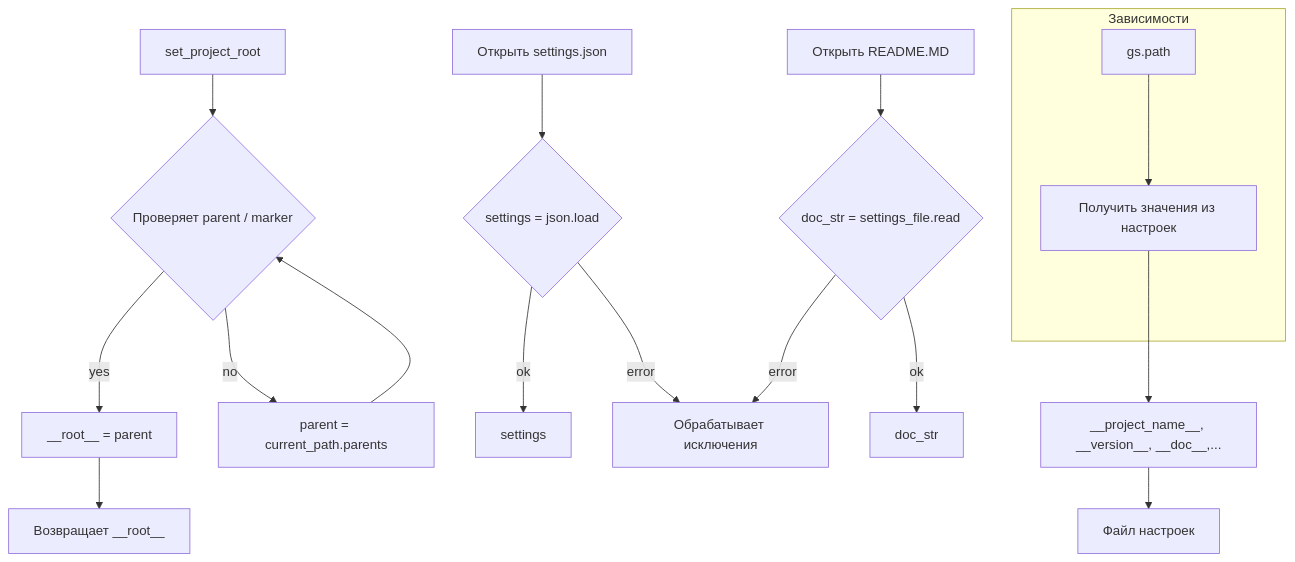
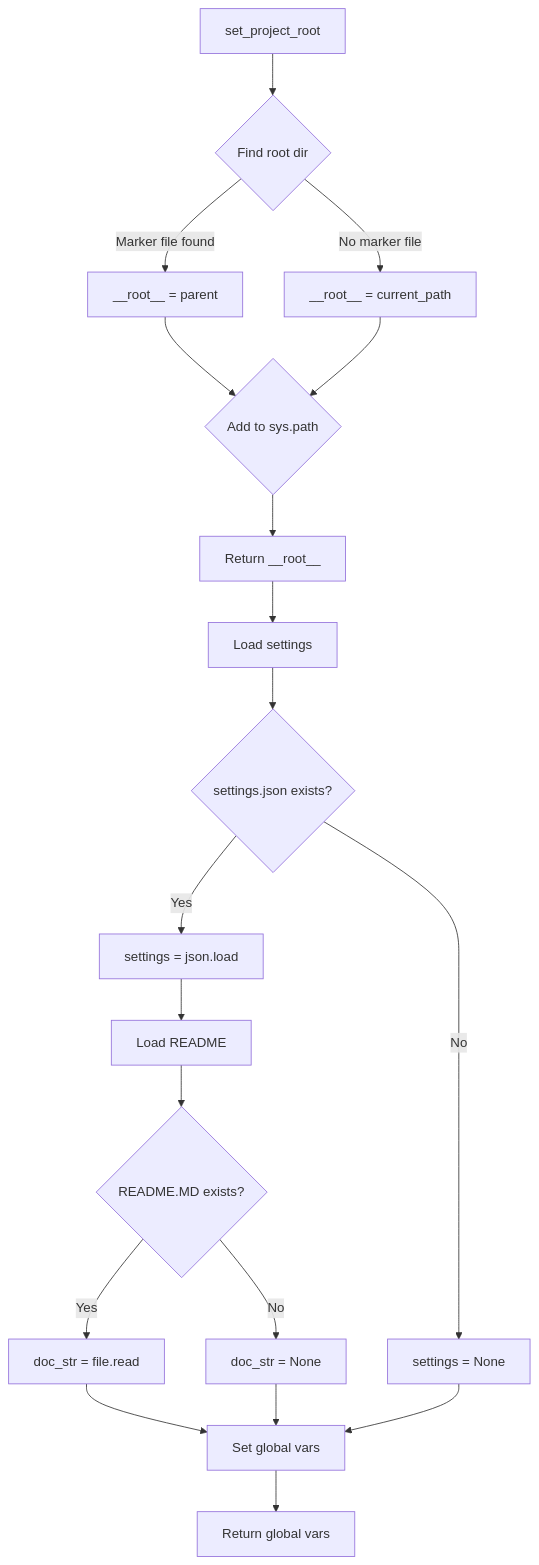
The diagram in docs/gemini/ru/explainer/src/suppliers/cdata/header.md (hypo69/hypo), drawn with Mermaid before and after one commit. The commit also changed other lines of this file and 468 other files, not shown here.

````diff
--- a/docs/gemini/ru/explainer/src/suppliers/cdata/header.md
+++ b/docs/gemini/ru/explainer/src/suppliers/cdata/header.md
@@ -104,26 +94,21 @@
 ```mermaid
 graph TD
-    A[set_project_root] --> B{Проверяет parent / marker}
-    B -- yes --> C[__root__ = parent]
-    B -- no --> D[parent = current_path.parents]
-    C --> E[Возвращает __root__]
-    D --> B
-
-    F[Открыть settings.json] --> G{settings = json.load}
-    G -- ok --> H[settings]
-    G -- error --> I[Обрабатывает исключения]
-    
-    J[Открыть README.MD] --> K{doc_str = settings_file.read}
-    K -- ok --> L[doc_str]
-    K -- error --> I
-
-
-    O[Получить значения из настроек] --> M[__project_name__, __version__, __doc__,...]
-    M --> N[Файл настроек]
-
-
-    subgraph Зависимости
-        Z[gs.path] --> O
-    end
-
+    A[set_project_root] --> B{Find root dir};
+    B -- Marker file found --> C[__root__ = parent];
+    B -- No marker file --> D[__root__ = current_path];
+    C --> E{Add to sys.path};
+    D --> E;
+    E --> F[Return __root__];
+    F --> G[Load settings];
+    G --> H{settings.json exists?};
+    H -- Yes --> I[settings = json.load];
+    H -- No --> J[settings = None];
+    I --> K[Load README];
+    K --> L{README.MD exists?};
+    L -- Yes --> M[doc_str = file.read];
+    L -- No --> N[doc_str = None];
+    M --> O[Set global vars];
+    N --> O;
+    J --> O;
+    O --> P[Return global vars];
 ```
````
